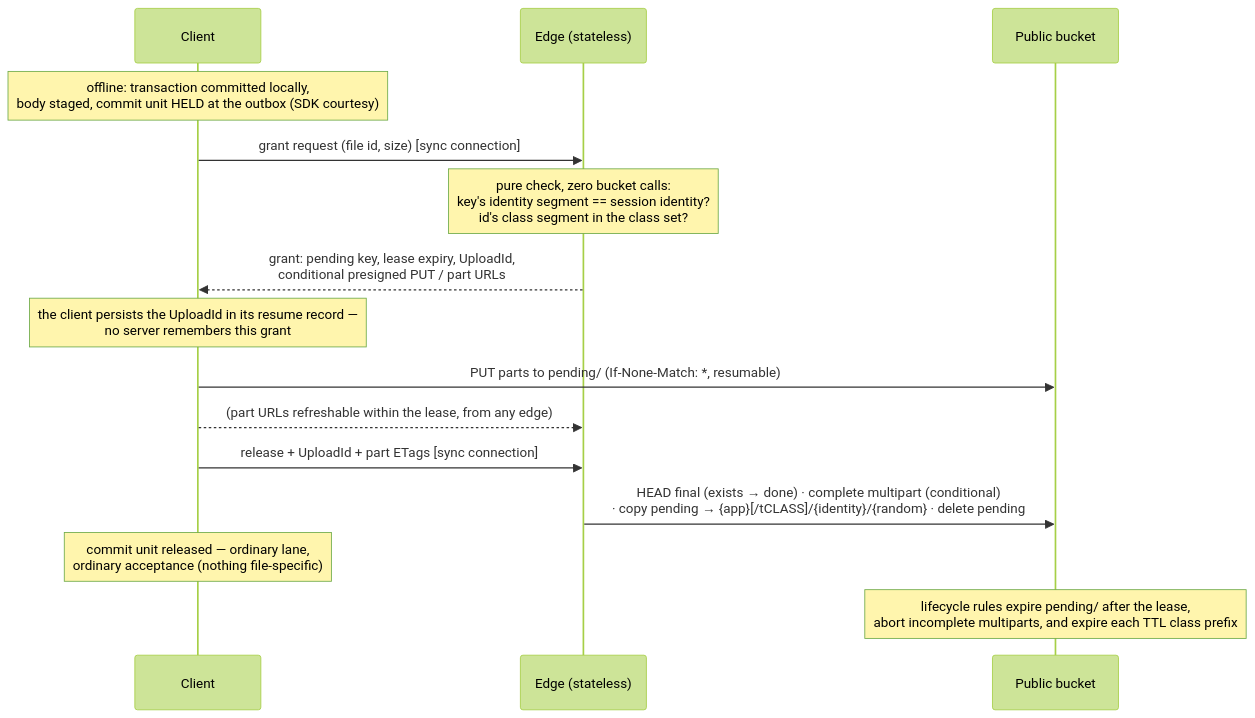
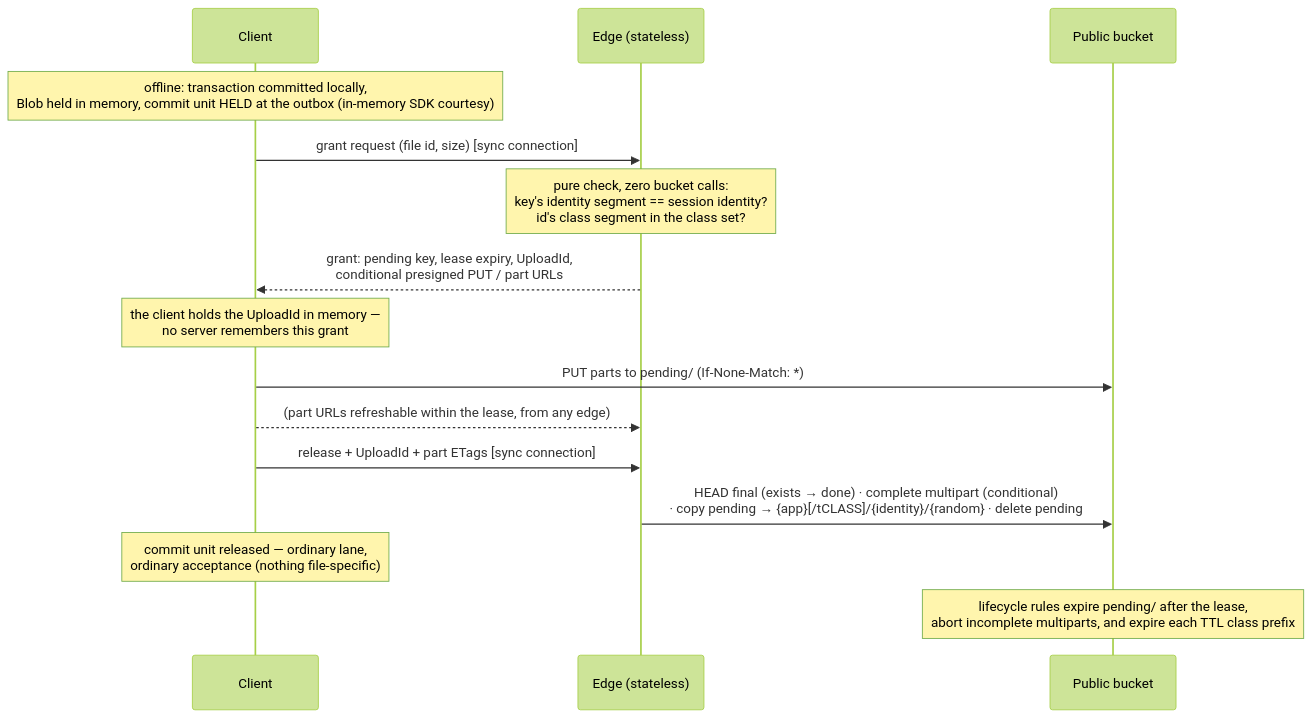
Before and after one commit to garden-co/jazz: the second of 3 diagrams in docs/superpowers/specs/2026-07-09-files-design-explained.md, drawn with Mermaid (forest theme). The commit also changed other lines of this file, not shown here.

````diff
--- a/docs/superpowers/specs/2026-07-09-files-design-explained.md
+++ b/docs/superpowers/specs/2026-07-09-files-design-explained.md
@@ -199,18 +208,18 @@
 ```mermaid
 sequenceDiagram
     participant C as Client
     participant E as Edge (stateless)
     participant S3 as Public bucket
 
-    Note over C: offline: transaction committed locally,<br/>body staged, commit unit HELD at the outbox (SDK courtesy)
+    Note over C: offline: transaction committed locally,<br/>Blob held in memory, commit unit HELD at the outbox (in-memory SDK courtesy)
     C->>E: grant request (file id, size)         [sync connection]
     Note over E: pure check, zero bucket calls:<br/>key's identity segment == session identity?<br/>id's class segment in the class set?
     E-->>C: grant: pending key, lease expiry, UploadId,<br/>conditional presigned PUT / part URLs
-    Note over C: the client persists the UploadId in its resume record —<br/>no server remembers this grant
-    C->>S3: PUT parts to pending/ (If-None-Match: *, resumable)
+    Note over C: the client holds the UploadId in memory —<br/>no server remembers this grant
+    C->>S3: PUT parts to pending/ (If-None-Match: *)
     C-->>E: (part URLs refreshable within the lease, from any edge)
     C->>E: release + UploadId + part ETags       [sync connection]
     E->>S3: HEAD final (exists → done) · complete multipart (conditional)<br/>· copy pending → {app}[/tCLASS]/{identity}/{random} · delete pending
     Note over C: commit unit released — ordinary lane,<br/>ordinary acceptance (nothing file-specific)
     Note over S3: lifecycle rules expire pending/ after the lease,<br/>abort incomplete multiparts, and expire each TTL class prefix
 ```
````
